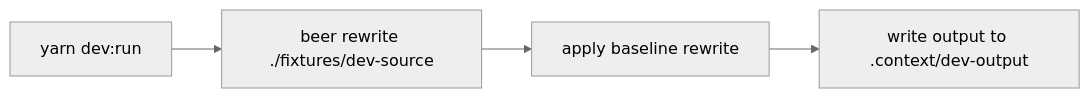
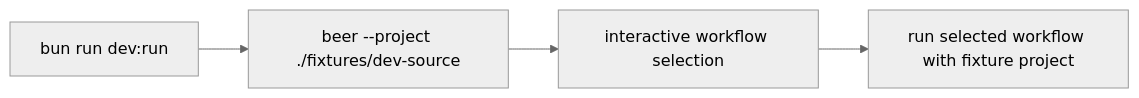
One commit to ex3ndr/holdmybeer changed the diagram in doc/dev-run-command.md. Above: the diagram before and after it, drawn with Mermaid (neutral theme). The commit also changed other lines of this file and 12 other files, not shown here.

````diff
--- a/doc/dev-run-command.md
+++ b/doc/dev-run-command.md
@@ -9,6 +9,6 @@
 ```mermaid
 flowchart LR
-  A[yarn dev:run] --> B[beer rewrite ./fixtures/dev-source]
-  B --> C[apply baseline rewrite]
-  C --> D[write output to .context/dev-output]
+  A[bun run dev:run] --> B[beer --project ./fixtures/dev-source]
+  B --> C[interactive workflow selection]
+  C --> D[run selected workflow with fixture project]
 ```
````
